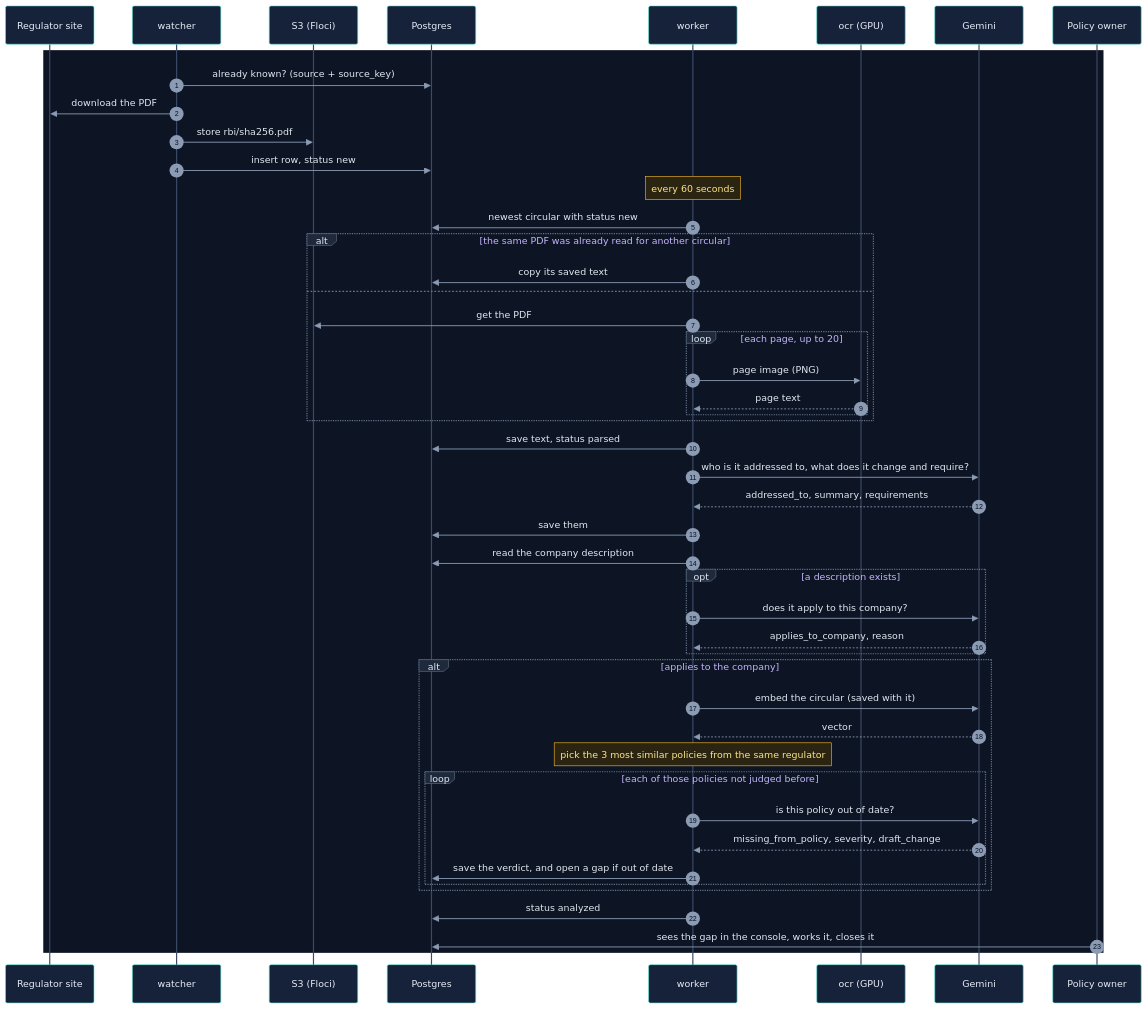
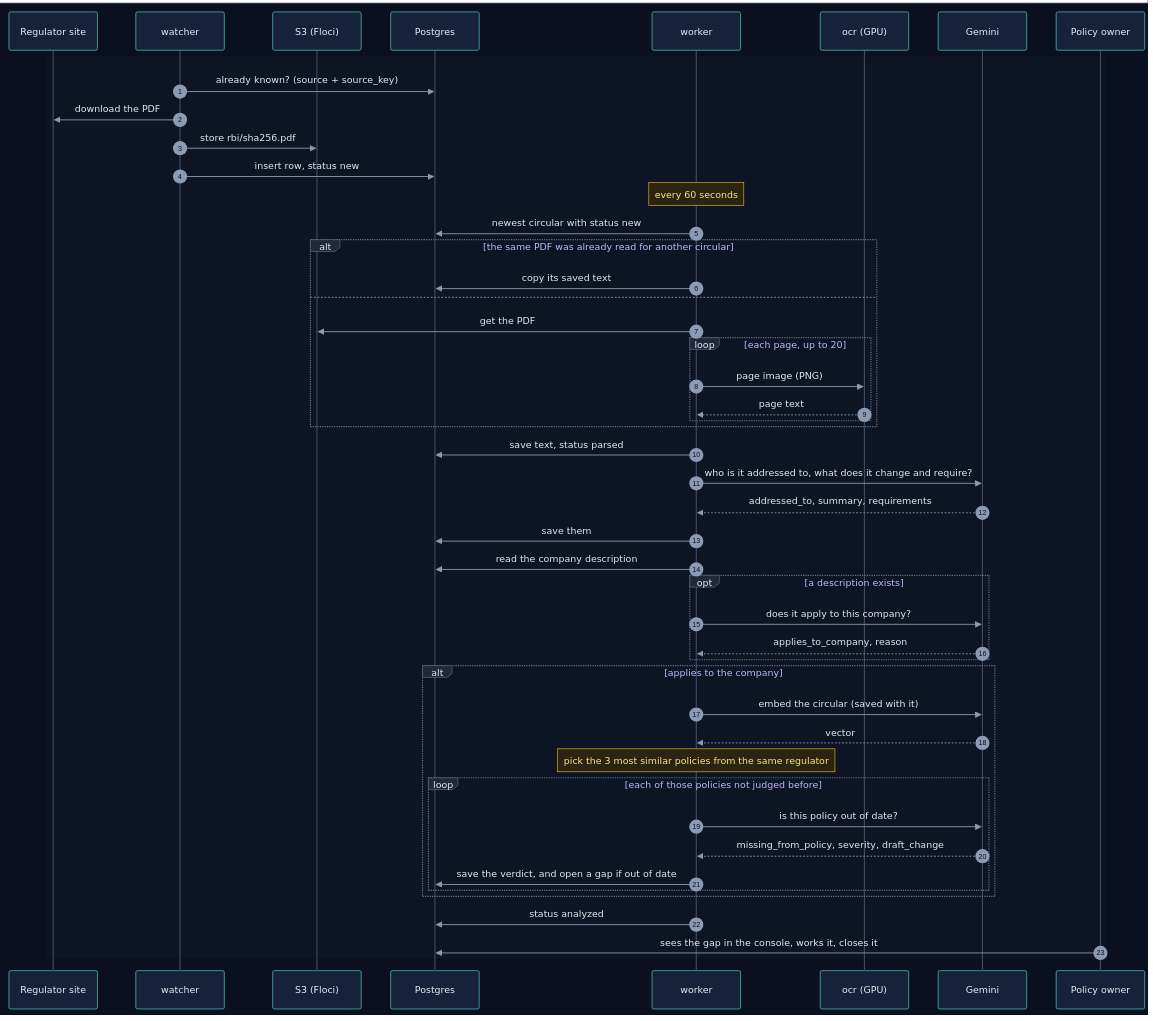
One commit to selvakumarperumal/Regulatory_Circular_Impact_Agent changed the third of 21 diagrams in how_it_works.md. Above: the diagram before and after it, drawn with Mermaid. The commit also changed other lines of this file and 1 other file, not shown here.

````diff
--- a/how_it_works.md
+++ b/how_it_works.md
@@ -179,54 +184,56 @@
 ```mermaid
-%%{init: {"theme": "base", "themeVariables": {"darkMode": true, "primaryColor": "#16213a", "primaryTextColor": "#e6edf7", "primaryBorderColor": "#475a7a", "lineColor": "#8b9bb4", "secondaryColor": "#1b2436", "tertiaryColor": "#101a2e", "edgeLabelBackground": "#0f172a", "textColor": "#e2e8f0", "actorBkg": "#16213a", "actorBorder": "#5eead4", "actorTextColor": "#e6edf7", "actorLineColor": "#3b4a66", "signalColor": "#8b9bb4", "signalTextColor": "#e2e8f0", "noteBkgColor": "#2a2410", "noteBorderColor": "#fbbf24", "noteTextColor": "#fde68a", "labelBoxBkgColor": "#1e293b", "labelBoxBorderColor": "#64748b", "labelTextColor": "#e2e8f0", "loopTextColor": "#c4b5fd", "sequenceNumberColor": "#0b1020", "activationBkgColor": "#1e293b"}}}%%
+%%{init: {"theme": "base", "sequence": {"diagramMarginX": 0, "diagramMarginY": 0}, "themeVariables": {"darkMode": true, "primaryColor": "#16213a", "primaryTextColor": "#e6edf7", "primaryBorderColor": "#475a7a", "lineColor": "#8b9bb4", "secondaryColor": "#1b2436", "tertiaryColor": "#101a2e", "edgeLabelBackground": "#0f172a", "textColor": "#e2e8f0", "actorBkg": "#16213a", "actorBorder": "#5eead4", "actorTextColor": "#e6edf7", "actorLineColor": "#3b4a66", "signalColor": "#8b9bb4", "signalTextColor": "#e2e8f0", "noteBkgColor": "#2a2410", "noteBorderColor": "#fbbf24", "noteTextColor": "#fde68a", "labelBoxBkgColor": "#1e293b", "labelBoxBorderColor": "#64748b", "labelTextColor": "#e2e8f0", "loopTextColor": "#c4b5fd", "sequenceNumberColor": "#0b1020", "activationBkgColor": "#1e293b"}}}%%
 sequenceDiagram
     autonumber
-    participant Site as Regulator site
-    participant W as watcher
-    participant S3 as S3 (Floci)
-    participant DB as Postgres
-    participant K as worker
-    participant O as ocr (GPU)
-    participant G as Gemini
-    participant P as Policy owner
+    box rgb(11, 16, 32)
+        participant Site as Regulator site
+        participant W as watcher
+        participant S3 as S3 (Floci)
+        participant DB as Postgres
+        participant K as worker
+        participant O as ocr (GPU)
+        participant G as Gemini
+        participant P as Policy owner
+    end
 
     rect rgb(13, 20, 36)
         W->>DB: already known? (source + source_key)
         W->>Site: download the PDF
         W->>S3: store rbi/sha256.pdf
         W->>DB: insert row, status new
 
         Note over K: every 60 seconds
         K->>DB: newest circular with status new
         alt the same PDF was already read for another circular
             K->>DB: copy its saved text
         else
             K->>S3: get the PDF
             loop each page, up to 20
                 K->>O: page image (PNG)
                 O-->>K: page text
             end
         end
         K->>DB: save text, status parsed
 
         K->>G: who is it addressed to, what does it change and require?
         G-->>K: addressed_to, summary, requirements
         K->>DB: save them
         K->>DB: read the company description
         opt a description exists
             K->>G: does it apply to this company?
             G-->>K: applies_to_company, reason
         end
         alt applies to the company
             K->>G: embed the circular (saved with it)
             G-->>K: vector
             Note over K: pick the 3 most similar policies from the same regulator
             loop each of those policies not judged before
                 K->>G: is this policy out of date?
                 G-->>K: missing_from_policy, severity, draft_change
                 K->>DB: save the verdict, and open a gap if out of date
             end
         end
         K->>DB: status analyzed
         P->>DB: sees the gap in the console, works it, closes it
     end
 ```
````
